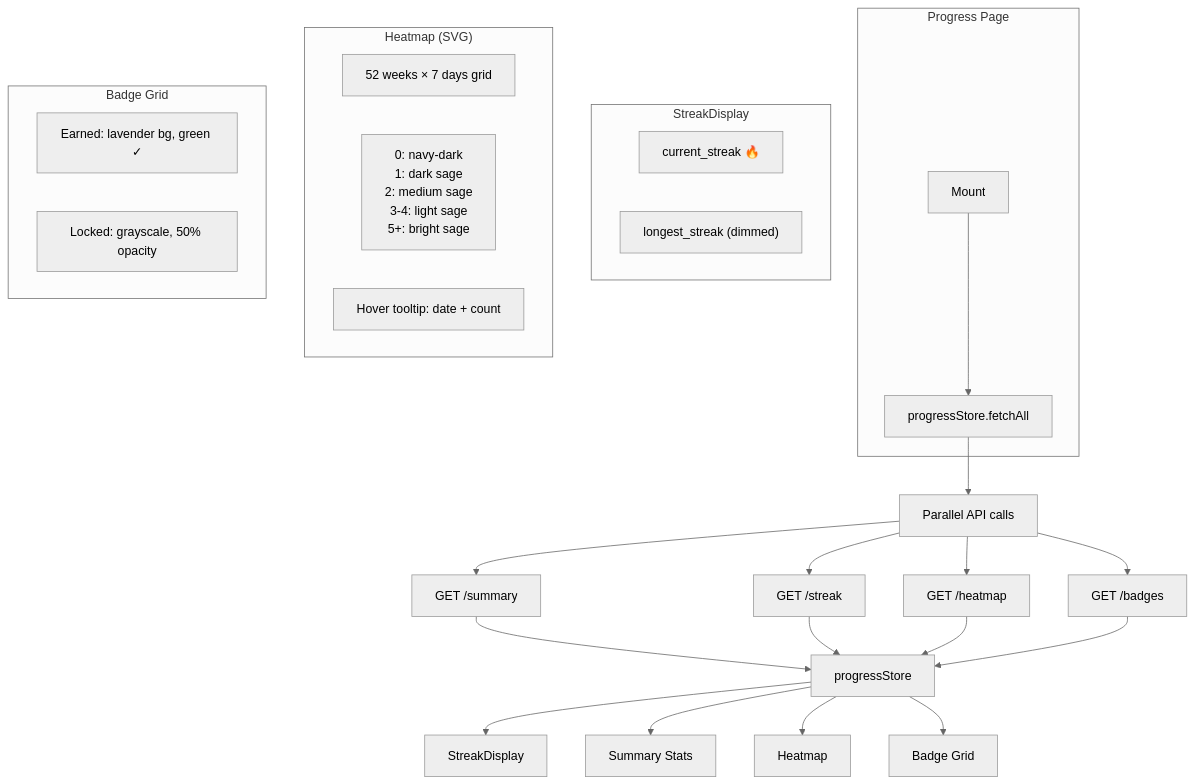
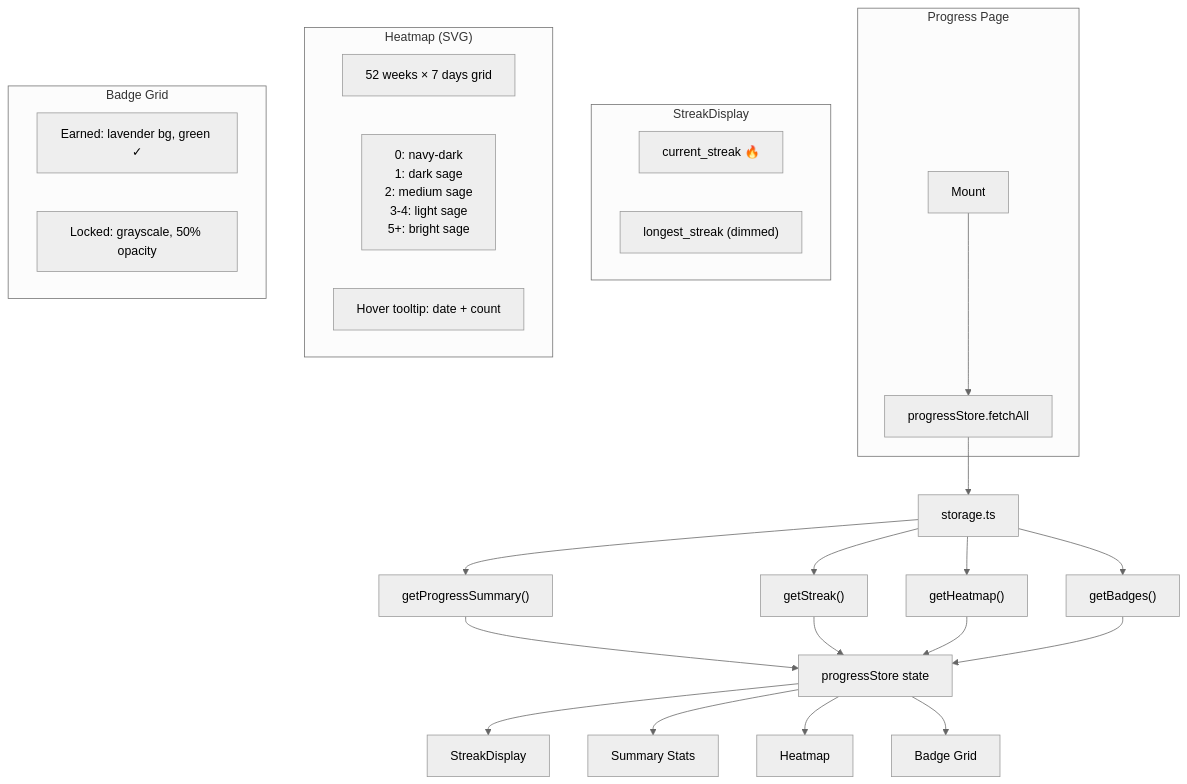
Before and after one commit to 5x5x5x5/stillwater: the fifth of 5 diagrams in docs/architecture/05-progress-system.md, drawn with Mermaid (neutral theme). The commit also changed other lines of this file and 65 other files, not shown here.

First line of the commit message:
Eliminate backend: replace FastAPI/SQLite with localStorage-only React app

````diff
--- a/docs/architecture/05-progress-system.md
+++ b/docs/architecture/05-progress-system.md
@@ -141,39 +137,39 @@
 ```mermaid
 flowchart TD
     subgraph ProgressPage["Progress Page"]
         MOUNT[Mount] --> FETCH[progressStore.fetchAll]
     end
 
-    FETCH --> PAR["Parallel API calls"]
+    FETCH --> ST[storage.ts]
 
-    PAR --> S1["GET /summary"]
-    PAR --> S2["GET /streak"]
-    PAR --> S3["GET /heatmap"]
-    PAR --> S4["GET /badges"]
+    ST --> S1["getProgressSummary()"]
+    ST --> S2["getStreak()"]
+    ST --> S3["getHeatmap()"]
+    ST --> S4["getBadges()"]
 
-    S1 --> STORE[progressStore]
+    S1 --> STORE[progressStore state]
     S2 --> STORE
     S3 --> STORE
     S4 --> STORE
 
     STORE --> SD[StreakDisplay]
     STORE --> STATS[Summary Stats]
     STORE --> HM[Heatmap]
     STORE --> BG[Badge Grid]
 
     subgraph StreakDisplay["StreakDisplay"]
         CS["current_streak 🔥"]
         LS["longest_streak (dimmed)"]
     end
 
     subgraph Heatmap["Heatmap (SVG)"]
         GRID["52 weeks × 7 days grid"]
         COLORS["0: navy-dark\n1: dark sage\n2: medium sage\n3-4: light sage\n5+: bright sage"]
         TIP[Hover tooltip: date + count]
     end
 
     subgraph BadgeGrid["Badge Grid"]
         EARNED["Earned: lavender bg, green ✓"]
         LOCKED["Locked: grayscale, 50% opacity"]
     end
 ```
````
